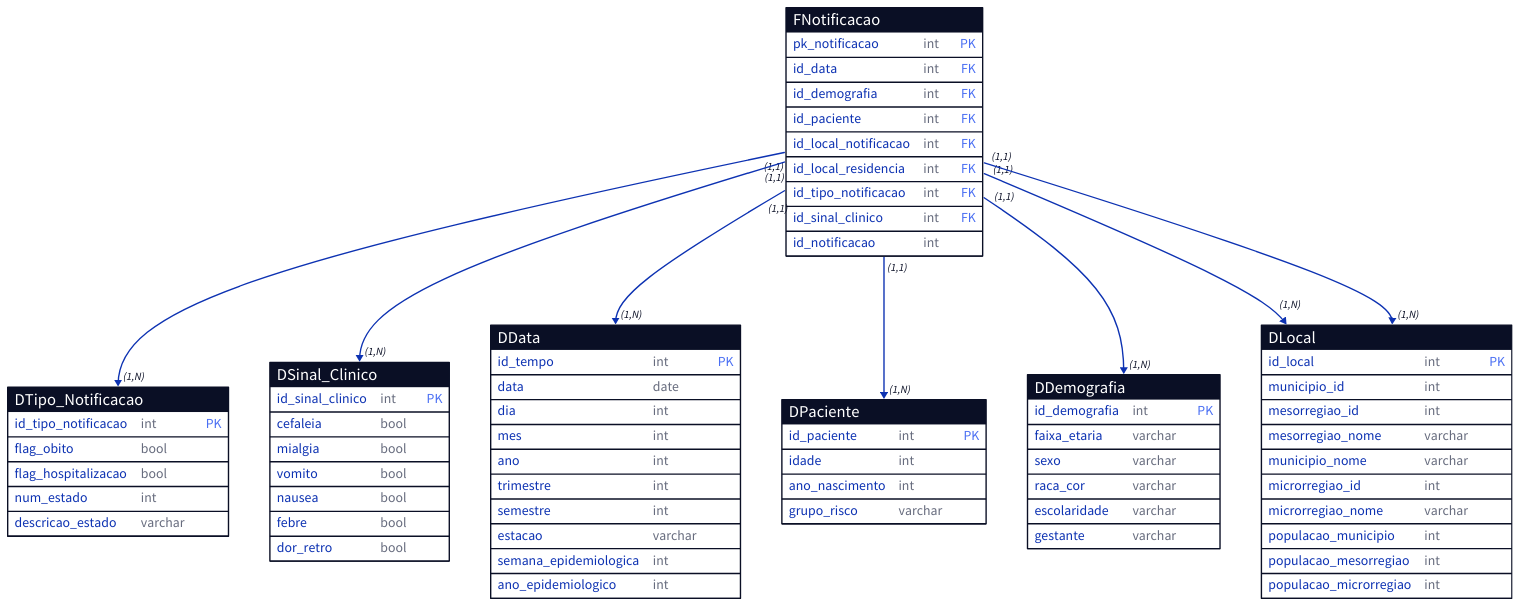
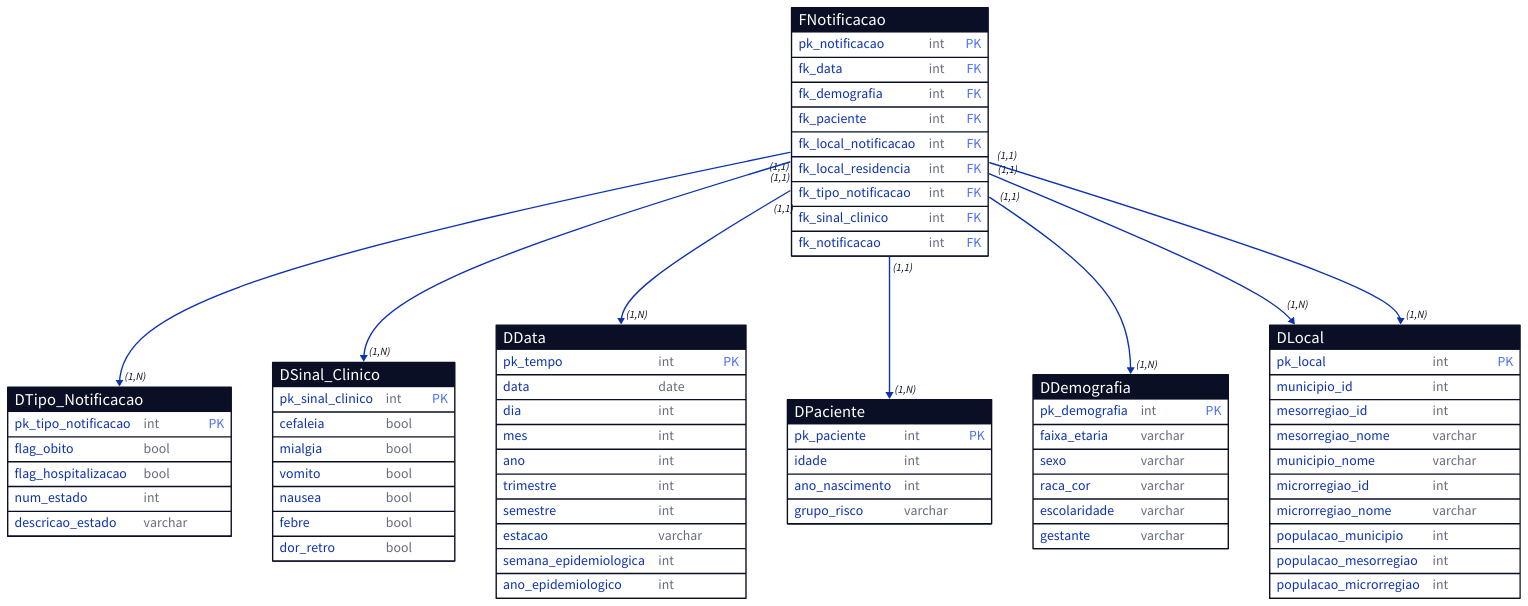
One commit to saitoi/projeto-final-dw changed the diagram in model/model.d2. Above: the diagram before and after it, drawn with D2. The commit also changed 1 other file, not shown here.

```diff
--- a/model/model.d2
+++ b/model/model.d2
@@ -1,120 +1,120 @@
 vars: {
   d2-config: {
     layout-engine: dagre
     theme-id: 0
   }
 }
 
 DData: {
   shape: sql_table
-  id_tempo: int {constraint: primary_key}
+  pk_tempo: int {constraint: primary_key}
   data: date
   dia: int
   mes: int
   ano: int
   trimestre: int
   semestre: int
   estacao: varchar
   semana_epidemiologica: int
   ano_epidemiologico: int
 }
 
 DPaciente: {
   shape: sql_table
-  id_paciente: int {constraint: primary_key}
+  pk_paciente: int {constraint: primary_key}
   idade: int
   ano_nascimento: int
   grupo_risco: varchar
 }
 
 DDemografia: {
   shape: sql_table
-  id_demografia: int {constraint: primary_key}
+  pk_demografia: int {constraint: primary_key}
   faixa_etaria: varchar
   sexo: varchar
   raca_cor: varchar
   escolaridade: varchar
   gestante: varchar
 }
 
 DTipo_Notificacao: {
   shape: sql_table
-  id_tipo_notificacao: int {constraint: primary_key}
+  pk_tipo_notificacao: int {constraint: primary_key}
   flag_obito: bool
   flag_hospitalizacao: bool
   num_estado: int
   descricao_estado: varchar
 }
 
 DSinal_Clinico: {
   shape: sql_table
-  id_sinal_clinico: int {constraint: primary_key}
+  pk_sinal_clinico: int {constraint: primary_key}
   cefaleia: bool
   mialgia: bool
   vomito: bool
   nausea: bool
   febre: bool
   dor_retro: bool
 }
 
 DLocal: {
   shape: sql_table
-  id_local: int {constraint: primary_key}
+  pk_local: int {constraint: primary_key}
   municipio_id: int
   mesorregiao_id: int
   mesorregiao_nome: varchar
   municipio_nome: varchar
   microrregiao_id: int
   microrregiao_nome: varchar
   populacao_municipio: int
   populacao_mesorregiao: int
   populacao_microrregiao: int
 }
 
 FNotificacao: {
   shape: sql_table
   pk_notificacao: int {constraint: primary_key}
-  id_data: int {constraint: foreign_key}
-  id_demografia: int {constraint: foreign_key}
-  id_paciente: int {constraint: foreign_key}
-  id_local_notificacao: int {constraint: foreign_key}
-  id_local_residencia: int {constraint: foreign_key}
-  id_tipo_notificacao: int {constraint: foreign_key}
-  id_sinal_clinico: int {constraint: foreign_key}
-  id_notificacao: int
+  fk_data: int {constraint: foreign_key}
+  fk_demografia: int {constraint: foreign_key}
+  fk_paciente: int {constraint: foreign_key}
+  fk_local_notificacao: int {constraint: foreign_key}
+  fk_local_residencia: int {constraint: foreign_key}
+  fk_tipo_notificacao: int {constraint: foreign_key}
+  fk_sinal_clinico: int {constraint: foreign_key}
+  fk_notificacao: int {constraint: foreign_key}
 }
 
-FNotificacao.id_tipo_notificacao -> DTipo_Notificacao.id_tipo_notificacao: {
+FNotificacao.fk_tipo_notificacao -> DTipo_Notificacao.pk_tipo_notificacao: {
   source-arrowhead.label: (1,1)
   target-arrowhead.label: (1,N)
 }
 
-FNotificacao.id_sinal_clinico -> DSinal_Clinico.id_sinal_clinico: {
+FNotificacao.fk_sinal_clinico -> DSinal_Clinico.pk_sinal_clinico: {
   source-arrowhead.label: (1,1)
   target-arrowhead.label: (1,N)
 }
 
-FNotificacao.id_data -> DData.id_tempo: {
+FNotificacao.fk_data -> DData.pk_tempo: {
   source-arrowhead.label: (1,1)
   target-arrowhead.label: (1,N)
 }
 
-FNotificacao.id_paciente -> DPaciente.id_paciente: {
+FNotificacao.fk_paciente -> DPaciente.pk_paciente: {
   source-arrowhead.label: (1,1)
   target-arrowhead.label: (1,N)
 }
 
-FNotificacao.id_demografia -> DDemografia.id_demografia: {
+FNotificacao.fk_demografia -> DDemografia.pk_demografia: {
   source-arrowhead.label: (1,1)
   target-arrowhead.label: (1,N)
 }
 
-FNotificacao.id_local_notificacao -> DLocal.id_local: {
+FNotificacao.fk_local_notificacao -> DLocal.pk_local: {
   source-arrowhead.label: (1,1)
   target-arrowhead.label: (1,N)
 }
 
-FNotificacao.id_local_residencia -> DLocal.id_local: {
+FNotificacao.fk_local_residencia -> DLocal.pk_local: {
   source-arrowhead.label: (1,1)
   target-arrowhead.label: (1,N)
 }
```
